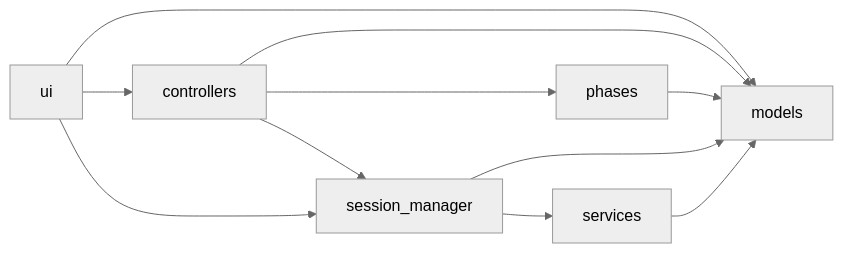
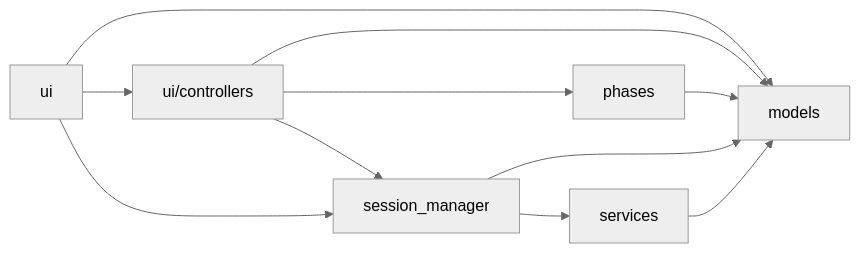
The diagram in src/sc_linac_physics/applications/rf_commissioning/ARCHITECTURE.md (slaclab/sc_linac_physics), drawn with Mermaid (neutral theme) before and after one commit. The commit also changed other lines of this file and 34 other files, not shown here.

````diff
--- a/src/sc_linac_physics/applications/rf_commissioning/ARCHITECTURE.md
+++ b/src/sc_linac_physics/applications/rf_commissioning/ARCHITECTURE.md
@@ -65,20 +67,20 @@
 ```mermaid
 flowchart LR
     M[models]
     P[phases]
     S[services]
     SM[session_manager]
-    C[controllers]
+    C[ui/controllers]
     U[ui]
 
     P --> M
     S --> M
     SM --> M
     SM --> S
     C --> M
     C --> P
     C --> SM
     U --> M
     U --> C
     U --> SM
 ```
````
